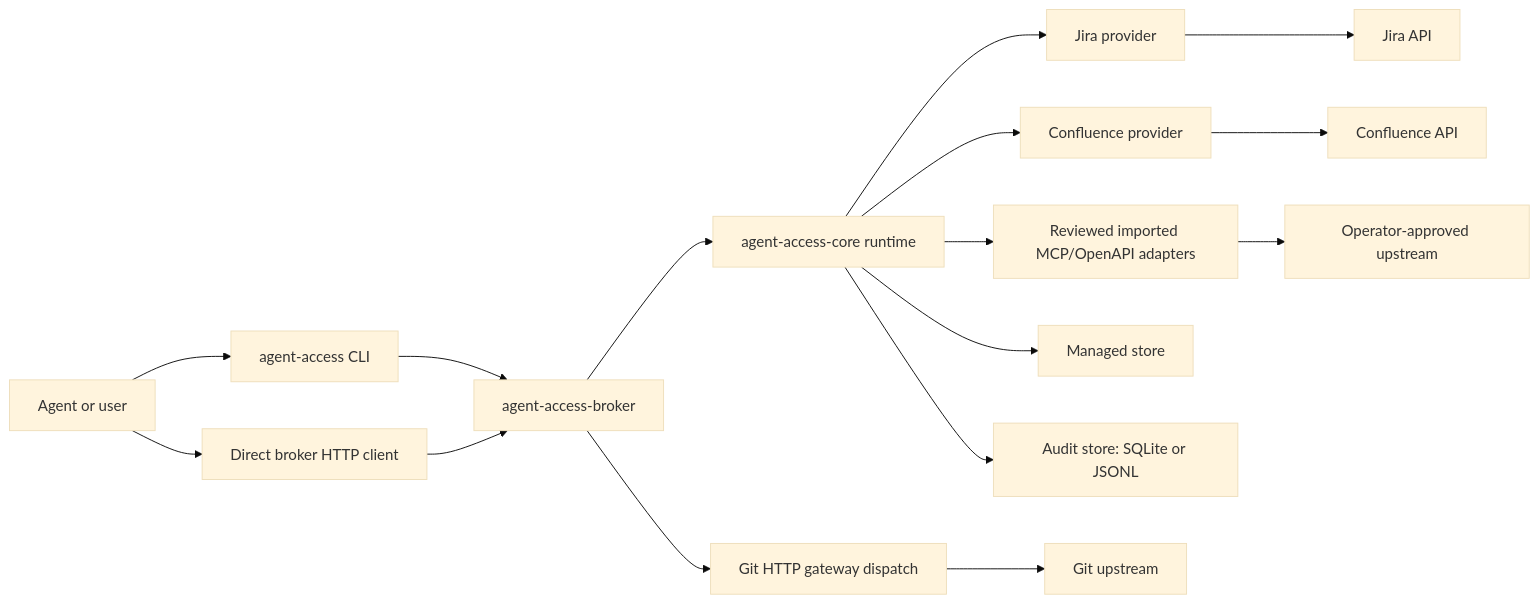
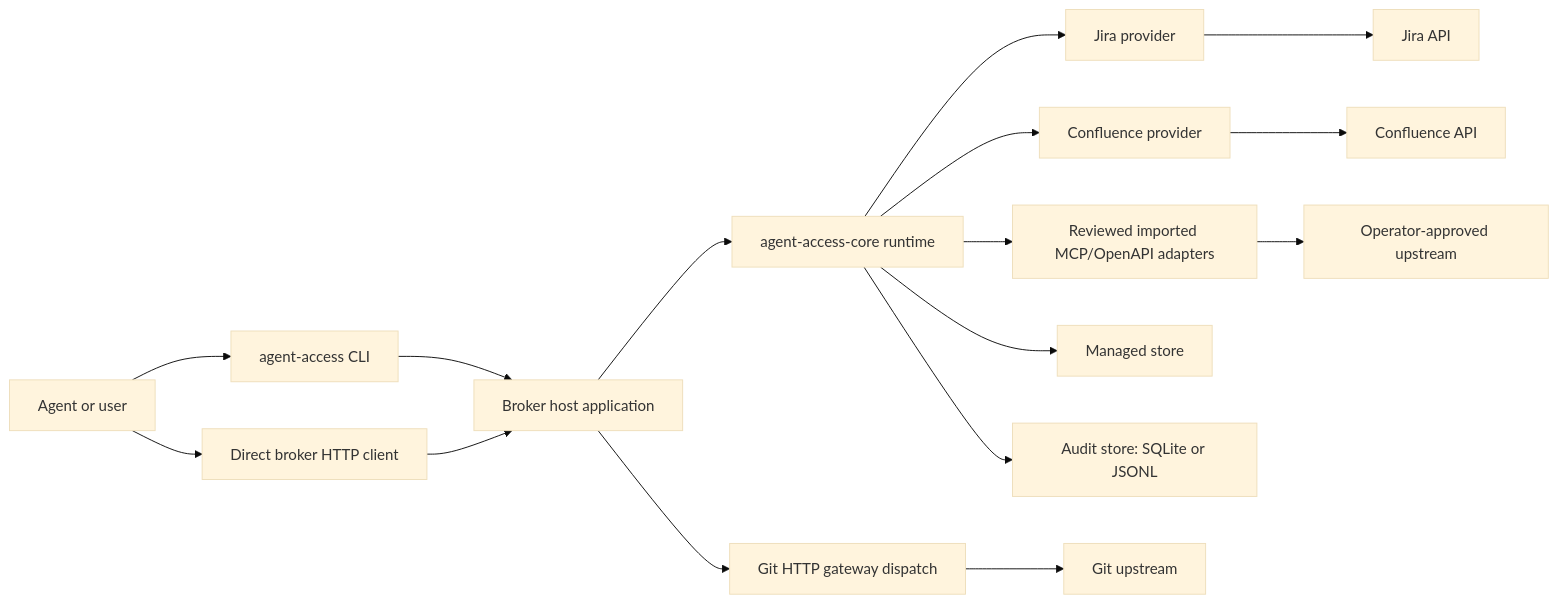
One commit to kcosr/agent-access-broker changed the second of 3 diagrams in docs/design.md. Above: the diagram before and after it, drawn with Mermaid (base theme). The commit also changed other lines of this file and 8 other files, not shown here.

````diff
--- a/docs/design.md
+++ b/docs/design.md
@@ -188,18 +229,18 @@
 ```mermaid
 flowchart LR
     Agent[Agent or user] --> CLI[agent-access CLI]
     Agent --> Http[Direct broker HTTP client]
-    CLI --> Broker[agent-access-broker]
+    CLI --> Broker[Broker host application]
     Http --> Broker
     Broker --> Core[agent-access-core runtime]
     Core --> Jira[Jira provider]
     Core --> Confluence[Confluence provider]
     Core --> HttpSvc[Reviewed imported MCP/OpenAPI adapters]
     Broker --> Gateway[Git HTTP gateway dispatch]
     Core --> Store[Managed store]
     Core --> Audit[Audit store: SQLite or JSONL]
     Jira --> Upstream1[Jira API]
     Confluence --> Upstream2[Confluence API]
     HttpSvc --> Upstream3[Operator-approved upstream]
     Gateway --> Upstream4[Git upstream]
 ```
````
